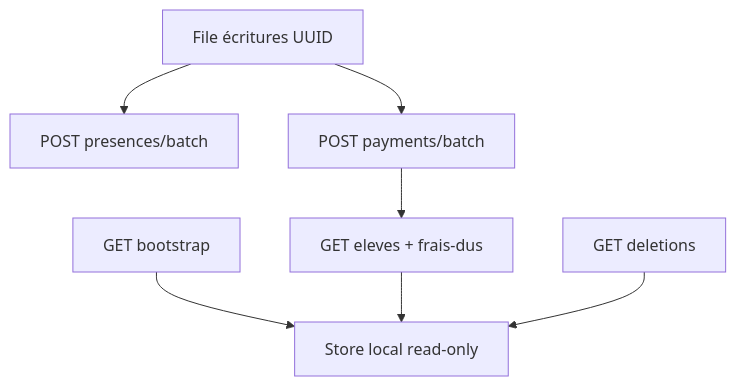
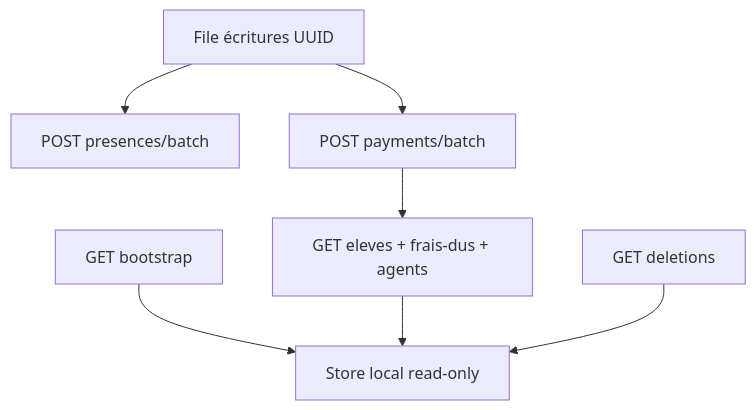
One commit to jktechrepository/KelasiNaBisoAPI changed the diagram in DOCUMENTATION_INTEGRATION_FRONTEND_OFFLINE_SYNC_VUE_FLUTTER.md. Above: the diagram before and after it, drawn with Mermaid. The commit also changed other lines of this file and 34 other files, not shown here.

````diff
--- a/DOCUMENTATION_INTEGRATION_FRONTEND_OFFLINE_SYNC_VUE_FLUTTER.md
+++ b/DOCUMENTATION_INTEGRATION_FRONTEND_OFFLINE_SYNC_VUE_FLUTTER.md
@@ -67,17 +69,17 @@
 ```mermaid
 flowchart TD
   bootstrap[GET bootstrap]
   store[Store local read-only]
-  delta[GET eleves + frais-dus]
+  delta[GET eleves + frais-dus + agents]
   deletions[GET deletions]
   queue[File écritures UUID]
   batchP[POST presences/batch]
   batchPay[POST payments/batch]
 
   bootstrap --> store
   delta --> store
   deletions --> store
   queue --> batchP
   queue --> batchPay
   batchPay --> delta
 ```
````
